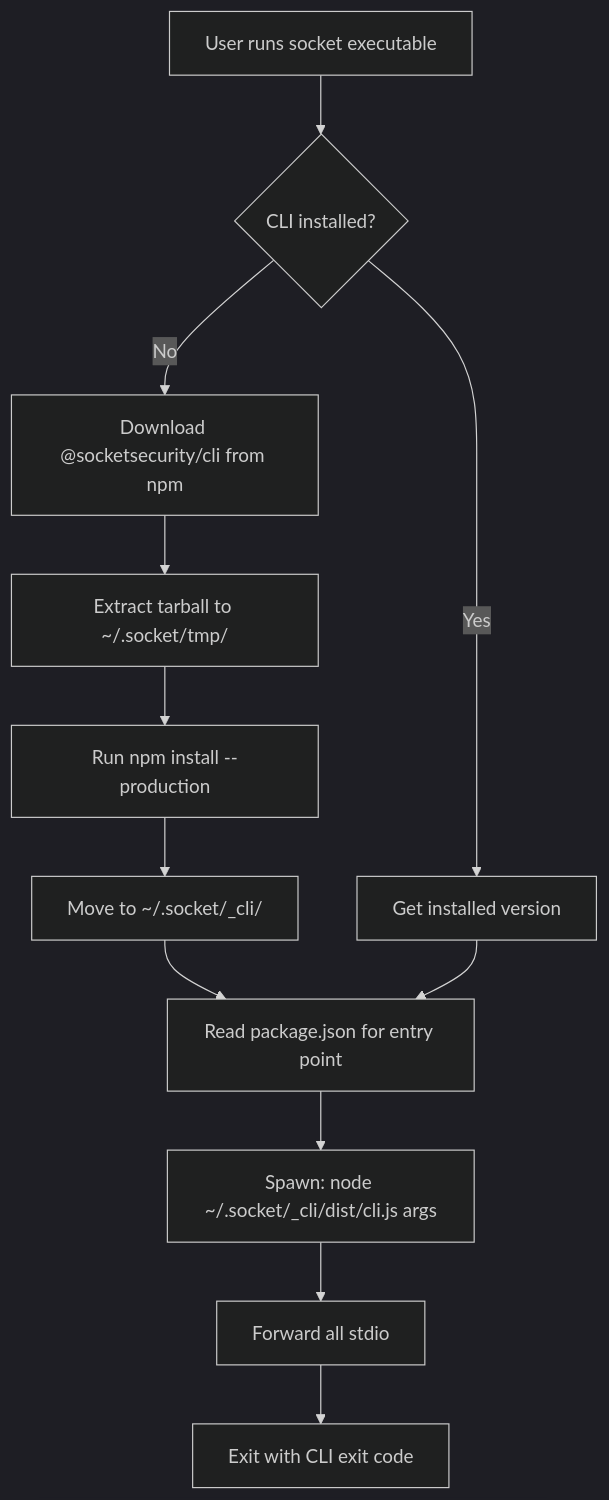
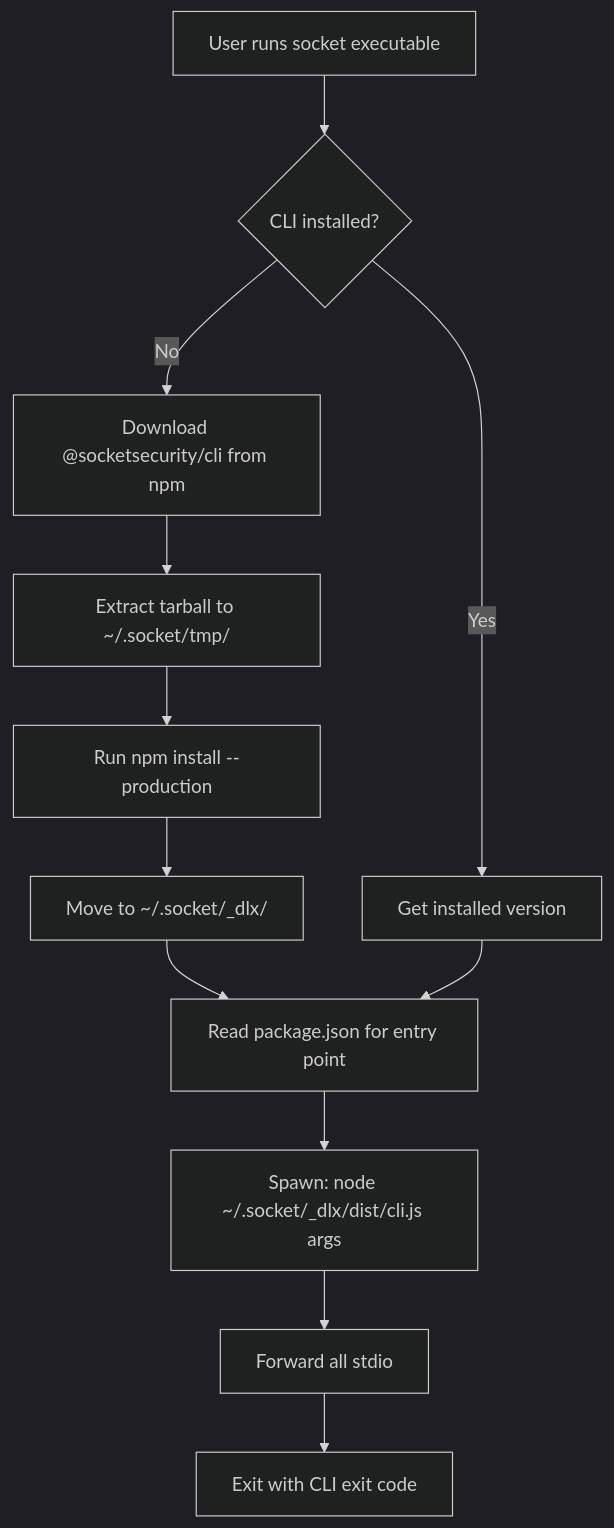
One commit to SocketDev/socket-cli changed the diagram in docs/architecture/bootstrap-stub.md. Above: the diagram before and after it, drawn with Mermaid (dark theme). The commit also changed other lines of this file and 2 other files, not shown here.

First line of the commit message:
docs: update bootstrap stub architecture documentation

````diff
--- a/docs/architecture/bootstrap-stub.md
+++ b/docs/architecture/bootstrap-stub.md
@@ -89,14 +89,14 @@
 ```mermaid
 flowchart TD
     A[User runs socket executable] --> B{CLI installed?}
     B -->|No| C[Download @socketsecurity/cli from npm]
     B -->|Yes| H[Get installed version]
     C --> D[Extract tarball to ~/.socket/tmp/]
     D --> E[Run npm install --production]
-    E --> F[Move to ~/.socket/_cli/]
+    E --> F[Move to ~/.socket/_dlx/]
     F --> G[Read package.json for entry point]
     H --> G
-    G --> I[Spawn: node ~/.socket/_cli/dist/cli.js args]
+    G --> I[Spawn: node ~/.socket/_dlx/dist/cli.js args]
     I --> J[Forward all stdio]
     J --> K[Exit with CLI exit code]
 ```
````
